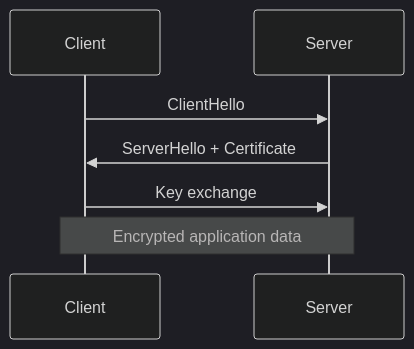
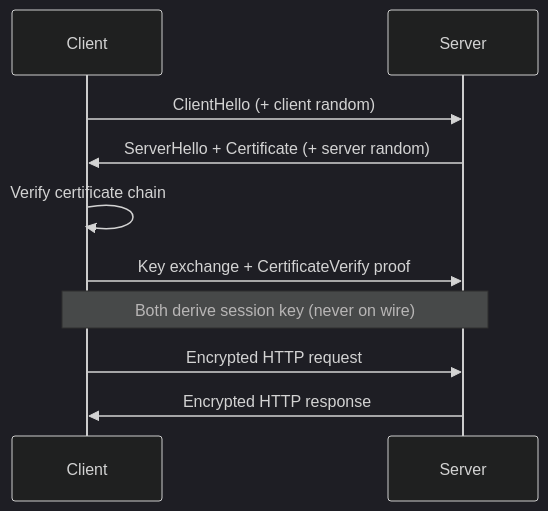
Before and after one commit to hareramcse/SystemDesign: diagram 14 of 27 in 01-networking/README.md, drawn with Mermaid (dark theme). The commit also changed other lines of this file, not shown here.

````diff
--- a/01-networking/README.md
+++ b/01-networking/README.md
@@ -1050,9 +1199,12 @@
 ```mermaid
 sequenceDiagram
     participant Client
     participant Server
-    Client->>Server: ClientHello
-    Server->>Client: ServerHello + Certificate
-    Client->>Server: Key exchange
-    Note over Client,Server: Encrypted application data
+    Client->>Server: ClientHello (+ client random)
+    Server->>Client: ServerHello + Certificate (+ server random)
+    Client->>Client: Verify certificate chain
+    Client->>Server: Key exchange + CertificateVerify proof
+    Note over Client,Server: Both derive session key (never on wire)
+    Client->>Server: Encrypted HTTP request
+    Server->>Client: Encrypted HTTP response
 ```
````
